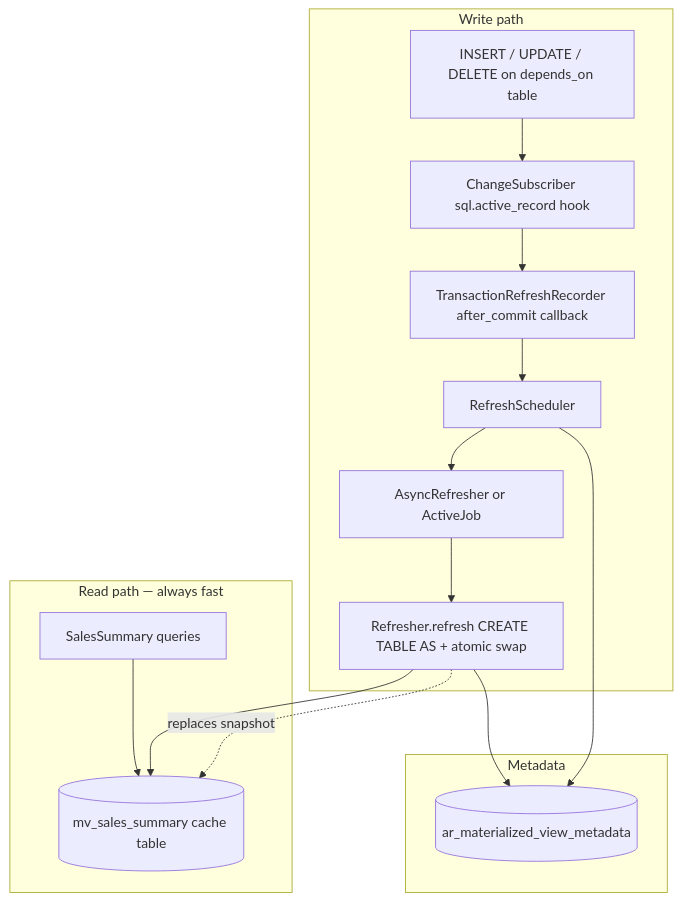
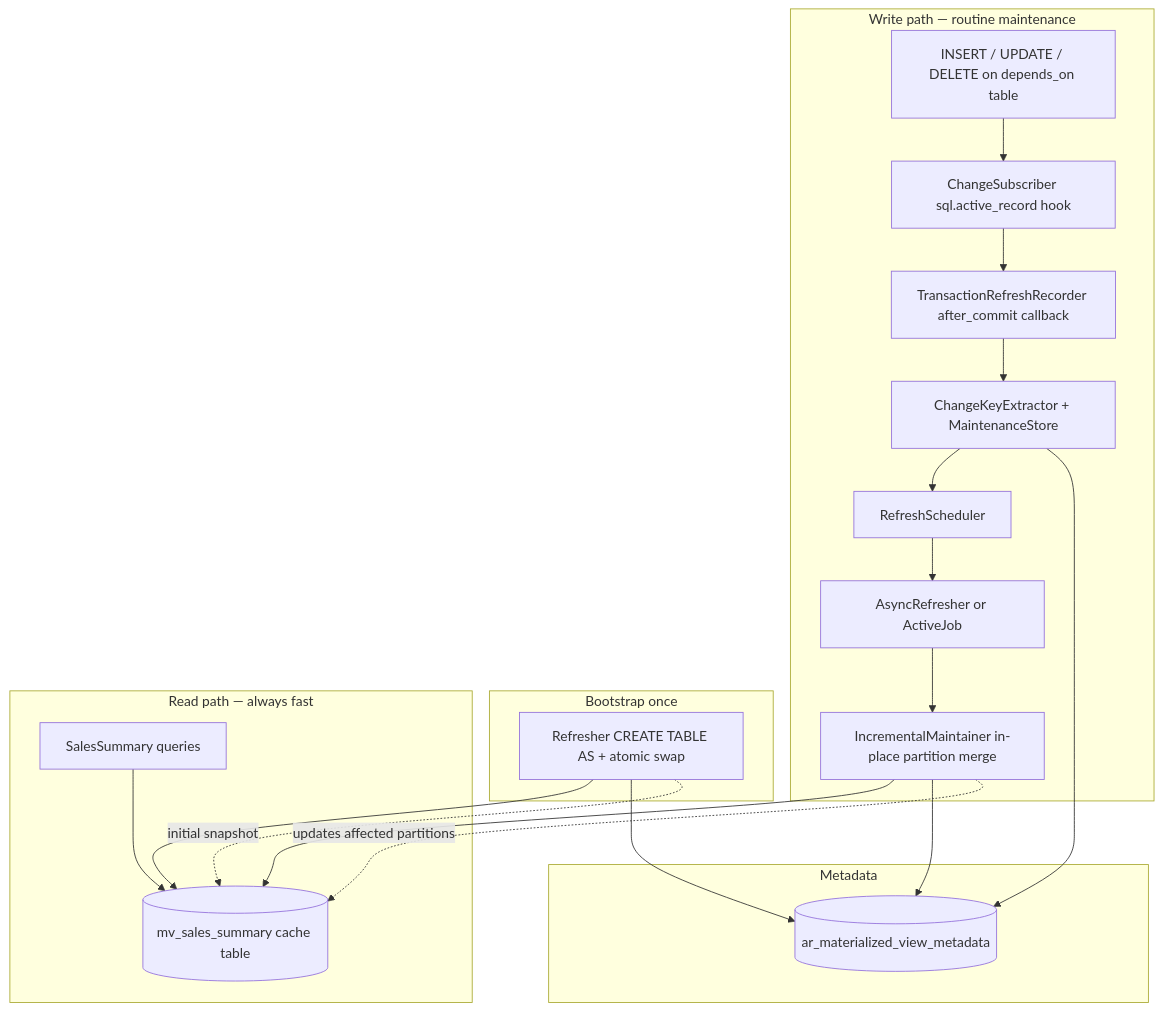
One commit to mavrukin/activerecord-materialized changed the diagram in README.md. Above: the diagram before and after it, drawn with Mermaid. The commit also changed other lines of this file, not shown here.

First line of the commit message:
Update architecture diagram for incremental maintenance (#9)

````diff
--- a/README.md
+++ b/README.md
@@ -57,27 +57,35 @@
 ```mermaid
 flowchart TB
-    subgraph writes ["Write path"]
+    subgraph writes ["Write path — routine maintenance"]
         W["INSERT / UPDATE / DELETE on depends_on table"]
         CS["ChangeSubscriber sql.active_record hook"]
         TR["TransactionRefreshRecorder after_commit callback"]
+        MS["ChangeKeyExtractor + MaintenanceStore"]
         RS[RefreshScheduler]
         AR["AsyncRefresher or ActiveJob"]
-        RF["Refresher.refresh CREATE TABLE AS + atomic swap"]
-        W --> CS --> TR --> RS --> AR --> RF
+        IM["IncrementalMaintainer in-place partition merge"]
+        W --> CS --> TR --> MS --> RS --> AR --> IM
+    end
+
+    subgraph bootstrap ["Bootstrap once"]
+        RF["Refresher CREATE TABLE AS + atomic swap"]
     end
 
     subgraph reads ["Read path — always fast"]
         Q["SalesSummary queries"]
         CT[("mv_sales_summary cache table")]
         Q --> CT
     end
 
     subgraph meta [Metadata]
         MD[("ar_materialized_view_metadata")]
+        IM --> CT
+        IM --> MD
+        MS --> MD
         RF --> CT
         RF --> MD
-        RS --> MD
     end
 
-    RF -.->|replaces snapshot| CT
+    IM -.->|"updates affected partitions"| CT
+    RF -.->|"initial snapshot"| CT
 ```
````
